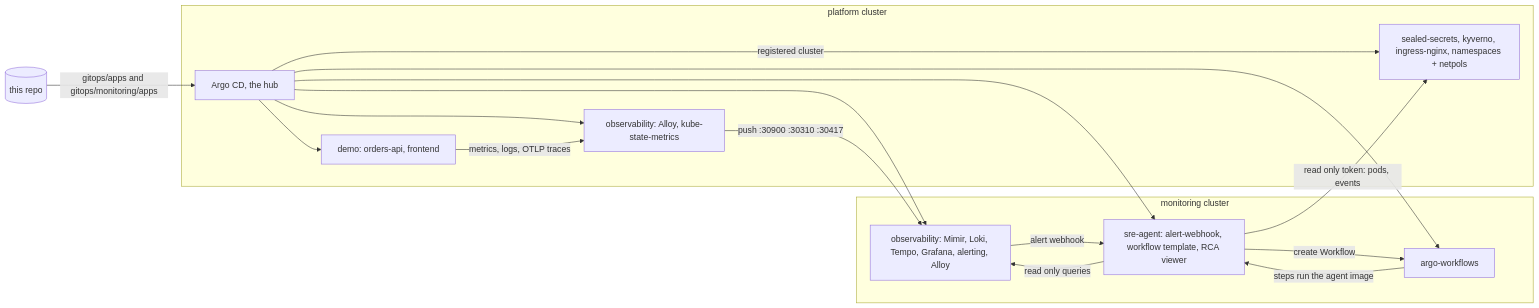
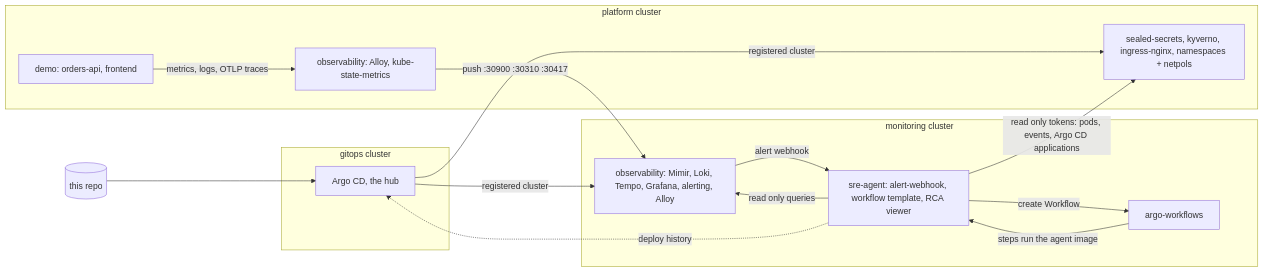
One commit to krishnakant888/k8s-sre-platform changed the diagram in README.md. Above: the diagram before and after it, drawn with Mermaid. The commit also changed other lines of this file, not shown here.

Commit message:
docs: three clusters, Argo CD in its own

````diff
--- a/README.md
+++ b/README.md
@@ -57,21 +57,27 @@
 ```mermaid
 flowchart LR
-  Git[(this repo)] -->|gitops/apps and gitops/monitoring/apps| ArgoM[Argo CD, the hub]
+  Git[(this repo)] --> Argo
+  subgraph gitops cluster
+    Argo[Argo CD, the hub]
+  end
   subgraph platform cluster
-    ArgoM -->|registered cluster| Platform[sealed-secrets, kyverno, ingress-nginx, namespaces + netpols]
-    ArgoM --> Collect[observability: Alloy, kube-state-metrics]
-    ArgoM --> Demo[demo: orders-api, frontend]
+    Platform[sealed-secrets, kyverno, ingress-nginx, namespaces + netpols]
+    Collect[observability: Alloy, kube-state-metrics]
+    Demo[demo: orders-api, frontend]
     Demo -->|metrics, logs, OTLP traces| Collect
   end
   subgraph monitoring cluster
-    ArgoM --> Stack[observability: Mimir, Loki, Tempo, Grafana, alerting, Alloy]
-    ArgoM --> AW[argo-workflows]
-    ArgoM --> Agent[sre-agent: alert-webhook, workflow template, RCA viewer]
+    Stack[observability: Mimir, Loki, Tempo, Grafana, alerting, Alloy]
+    AW[argo-workflows]
+    Agent[sre-agent: alert-webhook, workflow template, RCA viewer]
     Stack -->|alert webhook| Agent
     Agent -->|create Workflow| AW
     AW -->|steps run the agent image| Agent
     Agent -->|read only queries| Stack
   end
+  Argo -->|registered cluster| Platform
+  Argo -->|registered cluster| Stack
   Collect -->|push :30900 :30310 :30417| Stack
-  Agent -->|read only token: pods, events| Platform
+  Agent -->|read only tokens: pods, events, Argo CD applications| Platform
+  Agent -.->|deploy history| Argo
 ```
````
